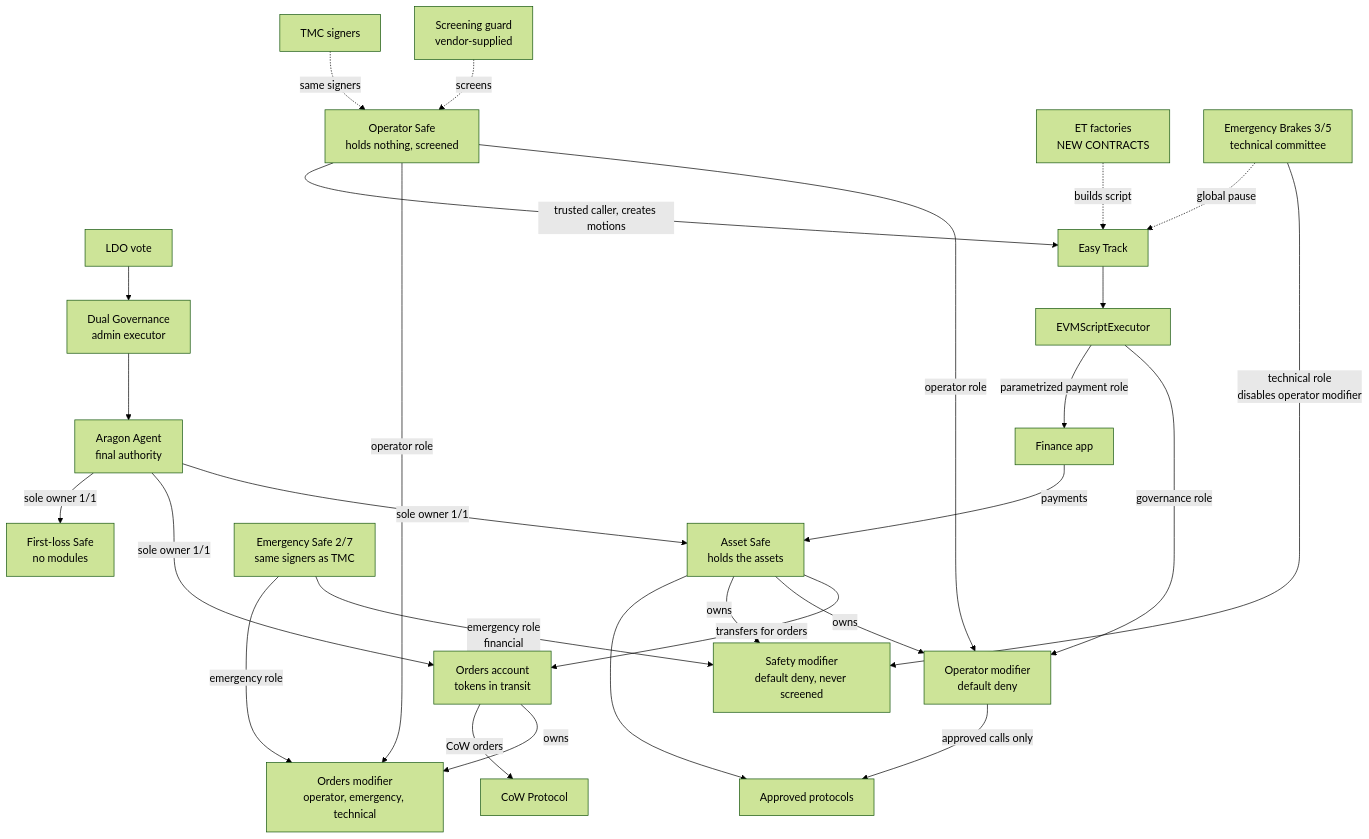
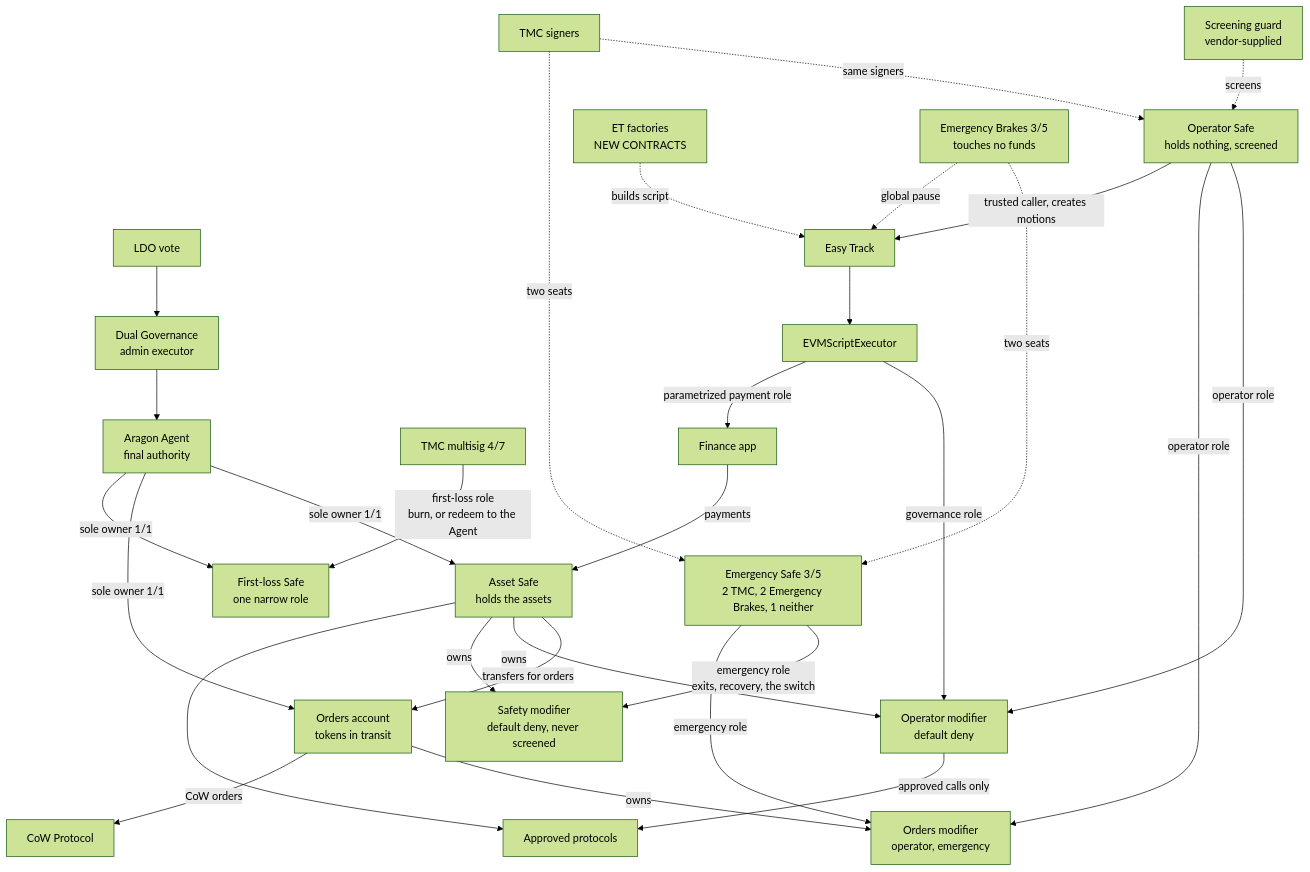
The diagram in docs/specs/lip-draft.md (lidofinance/clutch), drawn with Mermaid (forest theme) before and after one commit. The commit also changed other lines of this file and 71 other files, not shown here.

````diff
--- a/docs/specs/lip-draft.md
+++ b/docs/specs/lip-draft.md
@@ -106,33 +106,35 @@
 ```mermaid
 flowchart TD
     VOTE["LDO vote"] --> DG["Dual Governance<br/>admin executor"]
     DG --> AGENT["Aragon Agent<br/>final authority"]
     AGENT -->|sole owner 1/1| SAFE["Asset Safe<br/>holds the assets"]
     AGENT -->|sole owner 1/1| ORD["Orders account<br/>tokens in transit"]
-    AGENT -->|sole owner 1/1| FL["First-loss Safe<br/>no modules"]
+    AGENT -->|sole owner 1/1| FL["First-loss Safe<br/>one narrow role"]
     SAFE -->|transfers for orders| ORD
-    ORD -->|owns| OMODS["Orders modifier<br/>operator, emergency, technical"]
+    ORD -->|owns| OMODS["Orders modifier<br/>operator, emergency"]
     ORD -->|CoW orders| COW["CoW Protocol"]
     SAFE -->|owns| ROLES["Operator modifier<br/>default deny"]
     SAFE -->|owns| SAFETY["Safety modifier<br/>default deny, never screened"]
     GUARD["Screening guard<br/>vendor-supplied"] -.->|screens| OPS
 
     ET["Easy Track"] --> EXEC["EVMScriptExecutor"]
     FACTORY["ET factories<br/>NEW CONTRACTS"] -.->|builds script| ET
     EXEC -->|governance role| ROLES
 
     TMC["TMC signers"] -.->|same signers| OPS["Operator Safe<br/>holds nothing, screened"]
     OPS -->|operator role| ROLES
     OPS -->|operator role| OMODS
     OPS -->|trusted caller, creates motions| ET
-    EMS["Emergency Safe 2/7<br/>same signers as TMC"] -->|emergency role<br/>financial| SAFETY
+    EMS["Emergency Safe 3/5<br/>2 TMC, 2 Emergency Brakes, 1 neither"] -->|emergency role<br/>exits, recovery, the switch| SAFETY
     EMS -->|emergency role| OMODS
-    EB["Emergency Brakes 3/5<br/>technical committee"] -->|technical role<br/>disables operator modifier| SAFETY
+    TMC -.->|two seats| EMS
+    EB["Emergency Brakes 3/5<br/>touches no funds"] -.->|two seats| EMS
     EB -.->|global pause| ET
+    CS["TMC multisig 4/7"] -->|first-loss role<br/>burn, or redeem to the Agent| FL
 
     ROLES -->|approved calls only| DEFI["Approved protocols"]
     SAFE --> DEFI
 
     FIN["Finance app"] -->|payments| SAFE
     EXEC -->|parametrized payment role| FIN
 ```
````
